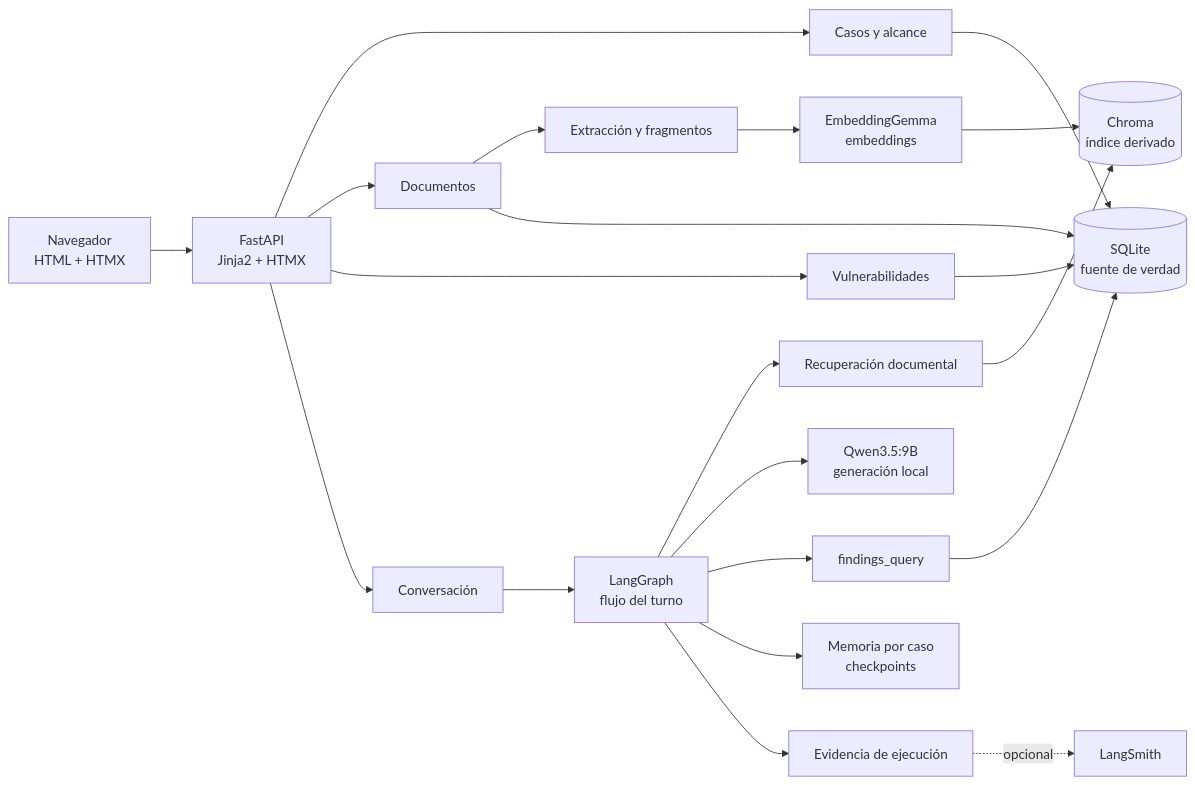
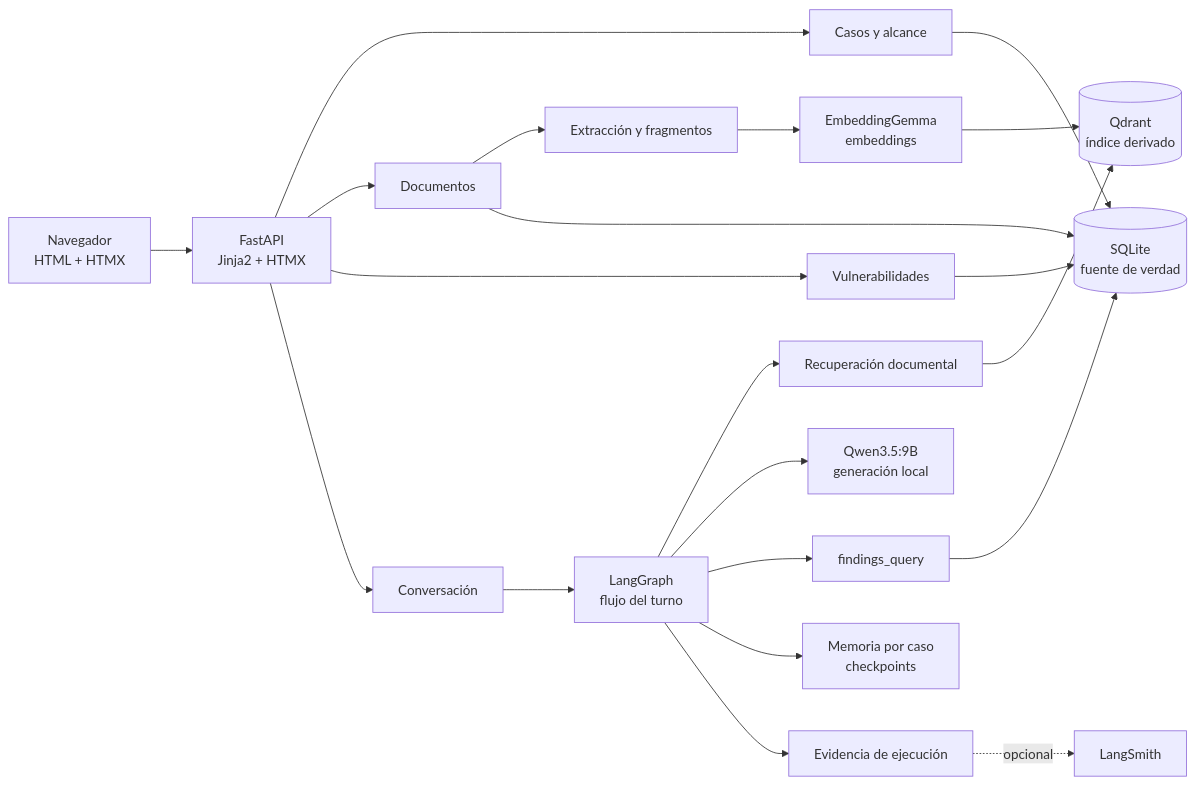
Before and after one commit to poppetmaster/SecGuard-Advisor: the diagram in docs/presentacion/Guia_Estudio_y_Demo_SecGuard_Advisor.md, drawn with Mermaid. The commit also changed other lines of this file and 22 other files, not shown here.

````diff
--- a/docs/presentacion/Guia_Estudio_y_Demo_SecGuard_Advisor.md
+++ b/docs/presentacion/Guia_Estudio_y_Demo_SecGuard_Advisor.md
@@ -304,26 +304,26 @@
 ```mermaid
 flowchart LR
     U[Navegador<br/>HTML + HTMX] --> W[FastAPI<br/>Jinja2 + HTMX]
     W --> C[Casos y alcance]
     W --> D[Documentos]
     W --> V[Vulnerabilidades]
     W --> CH[Conversación]
 
     D --> EX[Extracción y fragmentos]
     EX --> EMB[EmbeddingGemma<br/>embeddings]
-    EMB --> CHR[(Chroma<br/>índice derivado)]
+    EMB --> CHR[(Qdrant<br/>índice derivado)]
 
     CH --> G[LangGraph<br/>flujo del turno]
     G --> RET[Recuperación documental]
     RET --> CHR
     G --> OLL[Qwen3.5:9B<br/>generación local]
     G --> FQ[findings_query]
     FQ --> SQL[(SQLite<br/>fuente de verdad)]
     G --> MEM[Memoria por caso<br/>checkpoints]
     G --> EV[Evidencia de ejecución]
     EV -. opcional .-> LS[LangSmith]
 
     C --> SQL
     D --> SQL
     V --> SQL
 ```
````
